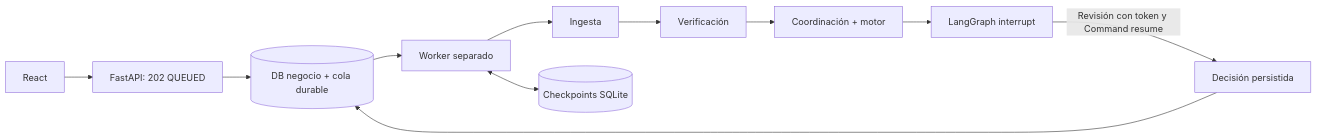
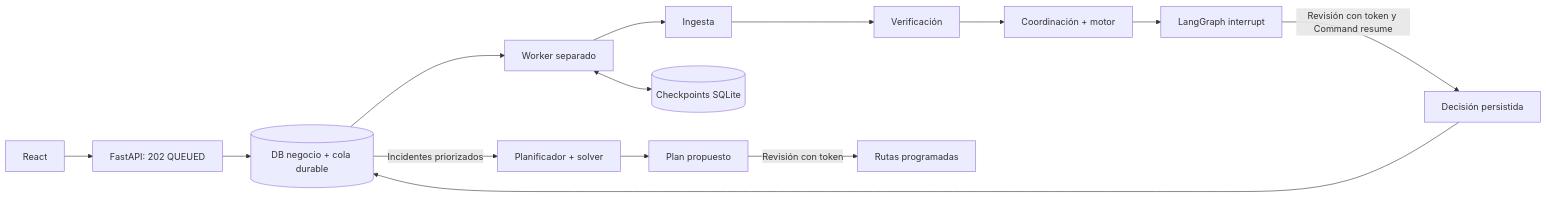
Before and after one commit to HackathonFISC/equipo-07: the diagram in README.md, drawn with Mermaid. The commit also changed other lines of this file and 49 other files, not shown here.

````diff
--- a/README.md
+++ b/README.md
@@ -31,13 +36,16 @@
 ```mermaid
 flowchart LR
   UI[React] --> API[FastAPI: 202 QUEUED]
   API --> DB[(DB negocio + cola durable)]
   DB --> W[Worker separado]
   W --> I[Ingesta]
   I --> V[Verificación]
   V --> C[Coordinación + motor]
   C --> H[LangGraph interrupt]
   H -->|Revisión con token y Command resume| D[Decisión persistida]
   W <--> CP[(Checkpoints SQLite)]
   D --> DB
+  DB -->|Incidentes priorizados| P[Planificador + solver]
+  P --> PR[Plan propuesto]
+  PR -->|Revisión con token| PA[Rutas programadas]
 ```
````
